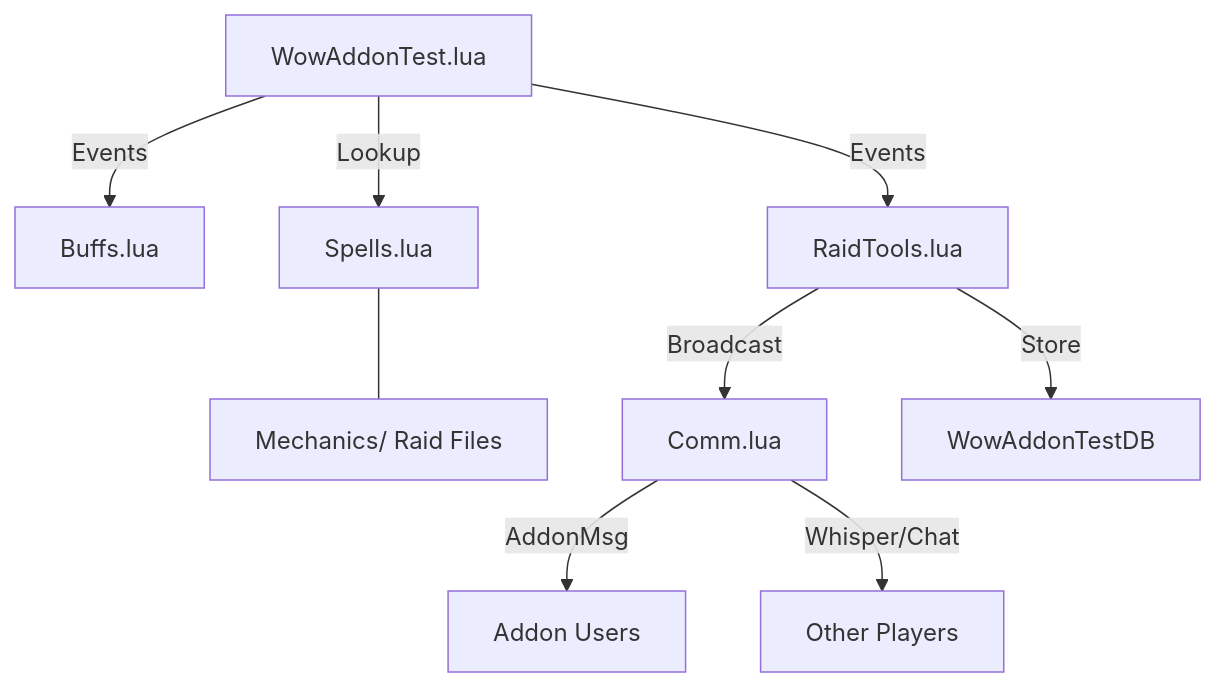
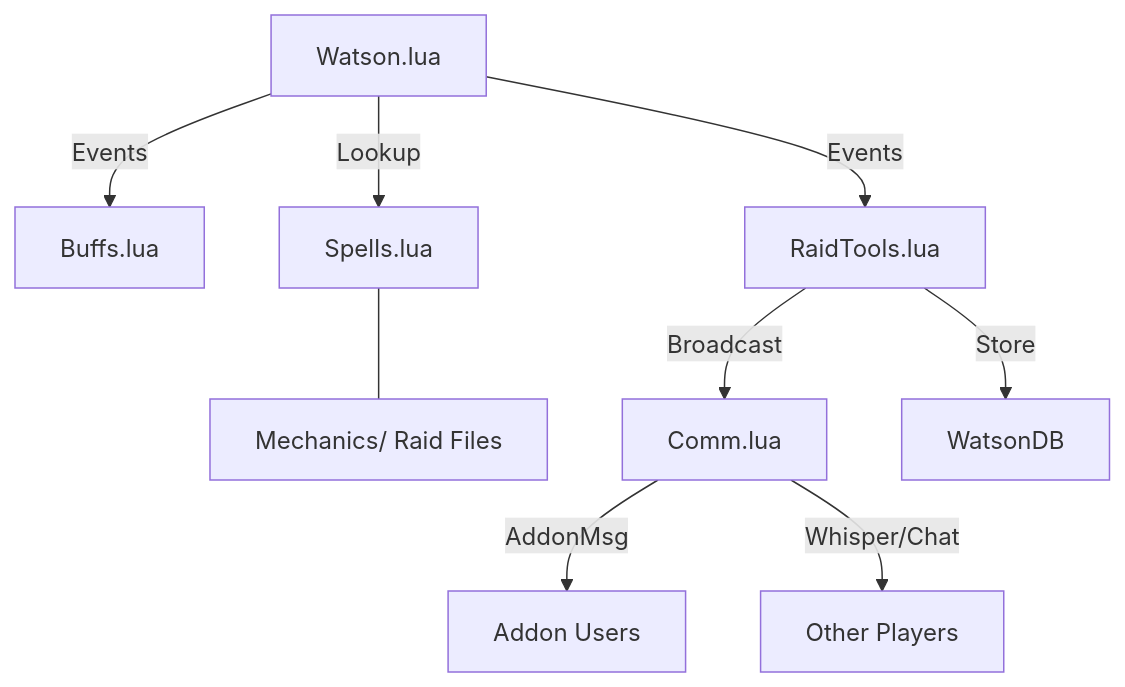
Before and after one commit to BennietheJets/WowAddonTest: the diagram in .junie/plans/add-raiding-features-and-tools.md, drawn with Mermaid. The commit also changed other lines of this file and 8 other files, not shown here.

Commit message:
Rename all references from WowAddonTest to Watson throughout the addon.

````diff
--- a/.junie/plans/add-raiding-features-and-tools.md
+++ b/.junie/plans/add-raiding-features-and-tools.md
@@ -81,11 +81,11 @@
 ```mermaid
 graph TD
-    A[WowAddonTest.lua] -->|Events| B[Buffs.lua]
+    A[Watson.lua] -->|Events| B[Buffs.lua]
     A -->|Events| C[RaidTools.lua]
     A -->|Lookup| D[Spells.lua]
     D --- M[Mechanics/ Raid Files]
     C -->|Broadcast| E[Comm.lua]
     E -->|AddonMsg| F[Addon Users]
     E -->|Whisper/Chat| G[Other Players]
-    C -->|Store| H[WowAddonTestDB]
+    C -->|Store| H[WatsonDB]
 ```
````
